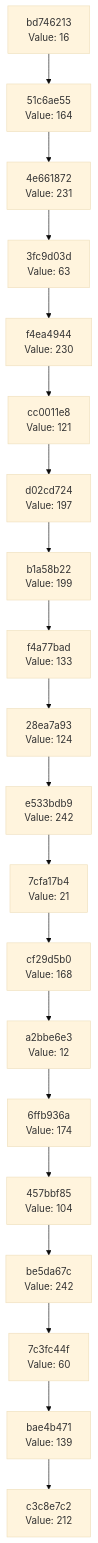
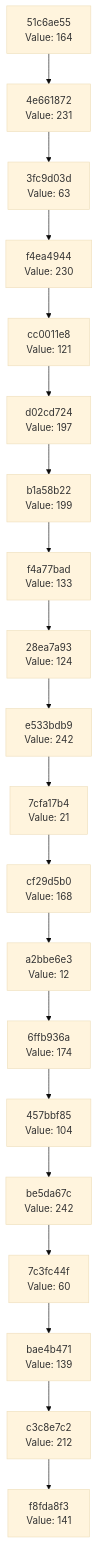
The diagram in docs/CHAIN_VISUALIZATION.md (Abhisheksinha1506/hash-chain-evolver), drawn with Mermaid (base theme) before and after one commit. The commit also changed 2 other files, not shown here.

Commit message:
Evolution Step

````diff
--- a/docs/CHAIN_VISUALIZATION.md
+++ b/docs/CHAIN_VISUALIZATION.md
@@ -3,42 +3,42 @@
 ```mermaid
 graph TD
-    C0["c3c8e7c2<br/>Value: 212"]
-    C1["bae4b471<br/>Value: 139"]
+    C0["f8fda8f3<br/>Value: 141"]
+    C1["c3c8e7c2<br/>Value: 212"]
     C1 --> C0
-    C2["7c3fc44f<br/>Value: 60"]
+    C2["bae4b471<br/>Value: 139"]
     C2 --> C1
-    C3["be5da67c<br/>Value: 242"]
+    C3["7c3fc44f<br/>Value: 60"]
     C3 --> C2
-    C4["457bbf85<br/>Value: 104"]
+    C4["be5da67c<br/>Value: 242"]
     C4 --> C3
-    C5["6ffb936a<br/>Value: 174"]
+    C5["457bbf85<br/>Value: 104"]
     C5 --> C4
-    C6["a2bbe6e3<br/>Value: 12"]
+    C6["6ffb936a<br/>Value: 174"]
     C6 --> C5
-    C7["cf29d5b0<br/>Value: 168"]
+    C7["a2bbe6e3<br/>Value: 12"]
     C7 --> C6
-    C8["7cfa17b4<br/>Value: 21"]
+    C8["cf29d5b0<br/>Value: 168"]
     C8 --> C7
-    C9["e533bdb9<br/>Value: 242"]
+    C9["7cfa17b4<br/>Value: 21"]
     C9 --> C8
-    C10["28ea7a93<br/>Value: 124"]
+    C10["e533bdb9<br/>Value: 242"]
     C10 --> C9
-    C11["f4a77bad<br/>Value: 133"]
+    C11["28ea7a93<br/>Value: 124"]
     C11 --> C10
-    C12["b1a58b22<br/>Value: 199"]
+    C12["f4a77bad<br/>Value: 133"]
     C12 --> C11
-    C13["d02cd724<br/>Value: 197"]
+    C13["b1a58b22<br/>Value: 199"]
     C13 --> C12
-    C14["cc0011e8<br/>Value: 121"]
+    C14["d02cd724<br/>Value: 197"]
     C14 --> C13
-    C15["f4ea4944<br/>Value: 230"]
+    C15["cc0011e8<br/>Value: 121"]
     C15 --> C14
-    C16["3fc9d03d<br/>Value: 63"]
+    C16["f4ea4944<br/>Value: 230"]
     C16 --> C15
-    C17["4e661872<br/>Value: 231"]
+    C17["3fc9d03d<br/>Value: 63"]
     C17 --> C16
-    C18["51c6ae55<br/>Value: 164"]
+    C18["4e661872<br/>Value: 231"]
     C18 --> C17
-    C19["bd746213<br/>Value: 16"]
+    C19["51c6ae55<br/>Value: 164"]
     C19 --> C18
 ```
````
